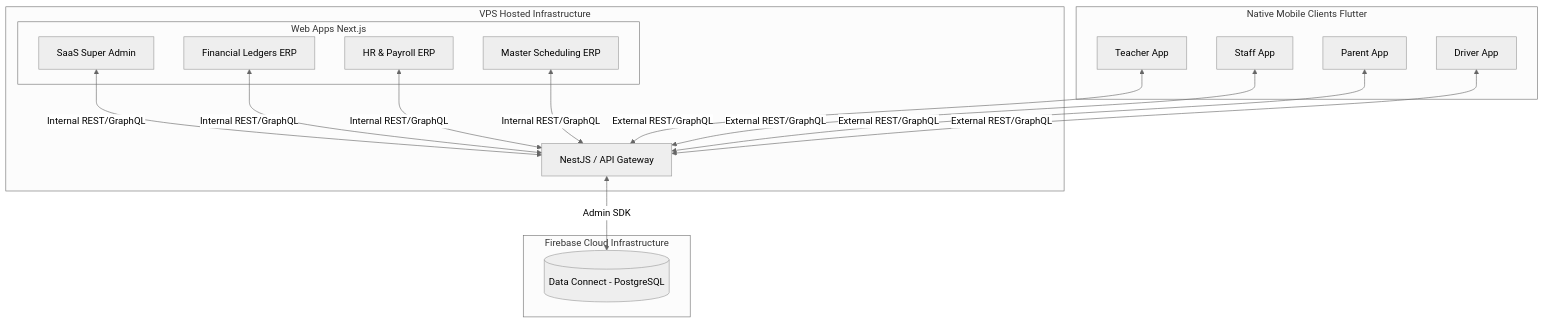
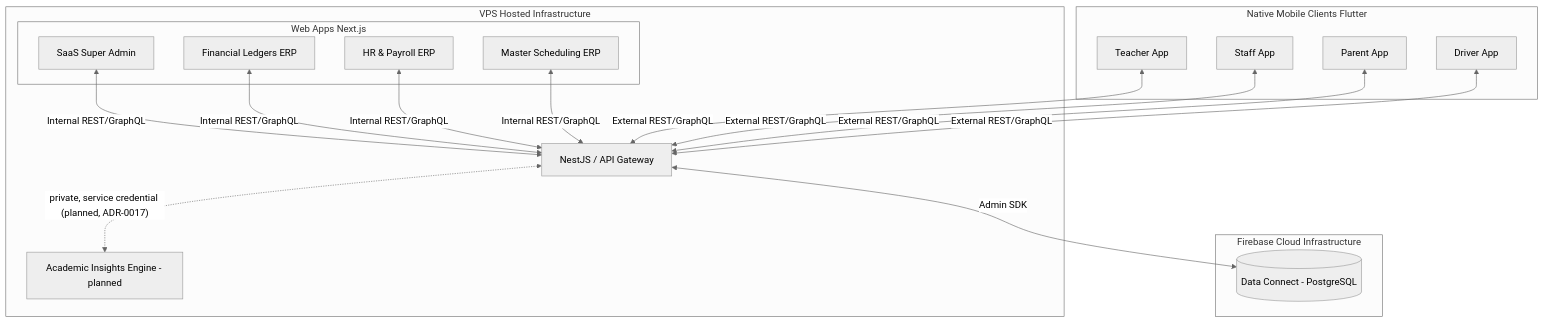
The diagram in documentation/system_architecture.md (eddy7896/OSCH), drawn with Mermaid (neutral theme) before and after one commit. The commit also changed other lines of this file and 6 other files, not shown here.

First line of the commit message:
docs: Academic Insights Engine plan (ADR-0017 proposed), Phase 7

````diff
--- a/documentation/system_architecture.md
+++ b/documentation/system_architecture.md
@@ -35,27 +37,29 @@
 ```mermaid
 graph TD
     subgraph VPS Hosted Infrastructure
         subgraph Web Apps Next.js
             SA[SaaS Super Admin]
             F[Financial Ledgers ERP]
             HR[HR & Payroll ERP]
             MS[Master Scheduling ERP]
         end
         API[NestJS / API Gateway]
+        AIE[Academic Insights Engine - planned]
     end
 
     subgraph Firebase Cloud Infrastructure
         DB[(Data Connect - PostgreSQL)]
     end
 
     subgraph Native Mobile Clients Flutter
         PN[Teacher App]
         DM[Staff App]
         LT[Parent App]
         QG[Driver App]
     end
 
     SA & F & HR & MS <-->|Internal REST/GraphQL| API
     PN & DM & LT & QG <-->|External REST/GraphQL| API
     API <-->|Admin SDK| DB
+    API <-.->|"private, service credential (planned, ADR-0017)"| AIE
 ```
````
